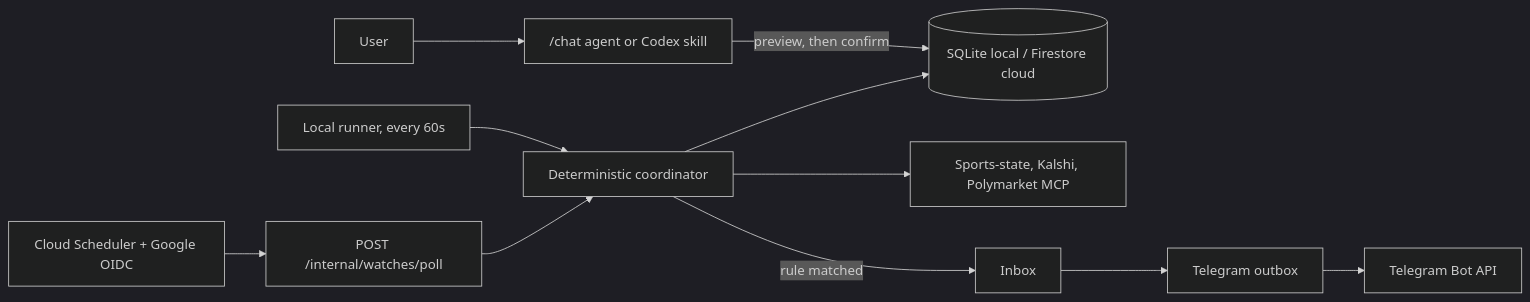
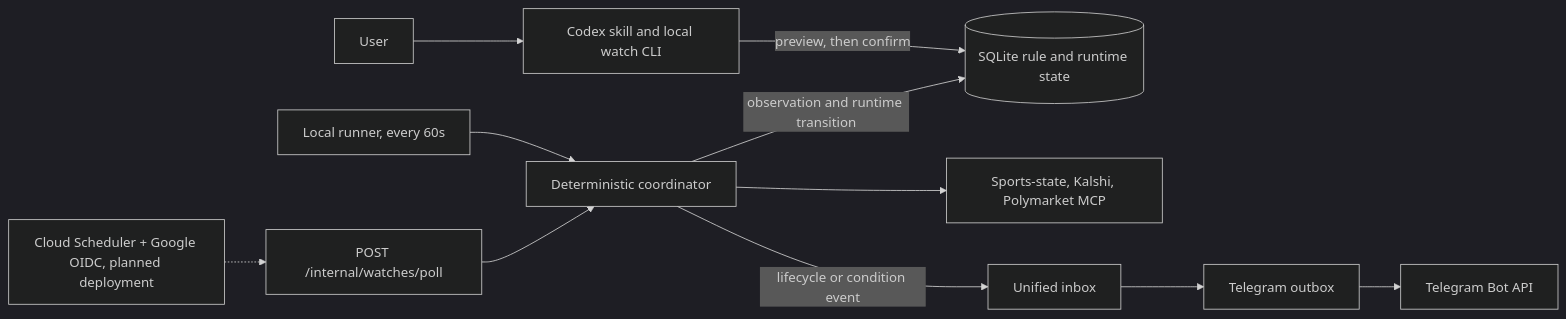
One commit to waderylan/prediction-market-agent changed the fourth of 4 diagrams in README.md. Above: the diagram before and after it, drawn with Mermaid (dark theme). The commit also changed other lines of this file and 24 other files, not shown here.

First line of the commit message:
Implement watch activation lifecycle and visibility

````diff
--- a/README.md
+++ b/README.md
@@ -326,11 +333,11 @@
 ```mermaid
 flowchart LR
-    U[User] --> FRONT["/chat agent or Codex skill"]
-    FRONT -->|preview, then confirm| DB[(SQLite local / Firestore cloud)]
+    U[User] --> FRONT[Codex skill and local watch CLI]
+    FRONT -->|preview, then confirm| DB[(SQLite rule and runtime state)]
     LR[Local runner, every 60s] --> CO[Deterministic coordinator]
-    CS[Cloud Scheduler + Google OIDC] --> PE[POST /internal/watches/poll] --> CO
-    CO --> DB
+    CS[Cloud Scheduler + Google OIDC, planned deployment] -.-> PE[POST /internal/watches/poll] --> CO
+    CO -->|observation and runtime transition| DB
     CO --> MCP[Sports-state, Kalshi, Polymarket MCP]
-    CO -->|rule matched| IN[Inbox]
+    CO -->|lifecycle or condition event| IN[Unified inbox]
     IN --> OB[Telegram outbox] --> TG[Telegram Bot API]
 ```
````
